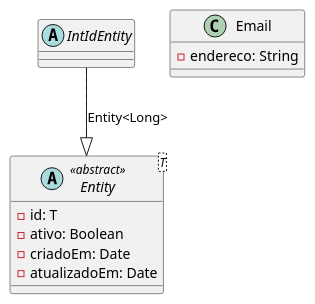
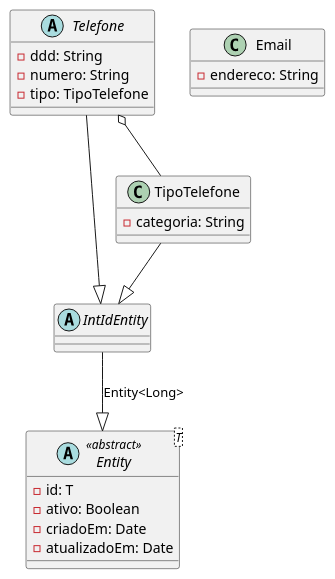
Before and after one commit to Wesley0010012/DSMA-Requisitos: the diagram in docs/classes/core/shared/domain/main.puml, drawn with PlantUML.

Commit message:
feat: define abstrações para Telefone e Endereço

```diff
--- a/docs/classes/core/shared/domain/main.puml
+++ b/docs/classes/core/shared/domain/main.puml
@@ -1,18 +1,33 @@
 @startuml "Domínio - Módulo Compartilhado"
 
 abstract class "Entity<T>" as EntityT <<abstract>> {
     - id: T
     - ativo: Boolean
     - criadoEm: Date
     - atualizadoEm: Date
 }
 
 abstract class IntIdEntity
 
 class Email {
     - endereco: String
 }
 
+class TipoTelefone {
+    - categoria: String
+}
+
+abstract class Telefone {
+    - ddd: String
+    - numero: String
+    - tipo: TipoTelefone
+}
+
 IntIdEntity --|> EntityT : Entity<Long>
+Telefone --|> IntIdEntity
+TipoTelefone --|> IntIdEntity
+
+Telefone o-- TipoTelefone
+
 
 @enduml
```
